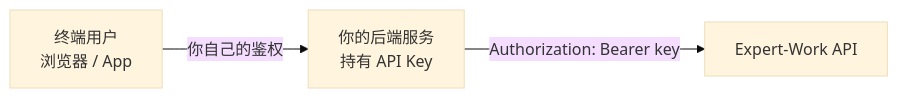
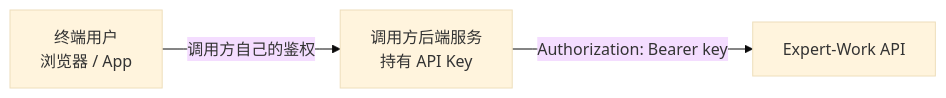
Before and after one commit to deepaihealth/expert-work: the diagram in apps/admin-ui/docs-site/guide/best-practices.md, drawn with Mermaid (base theme). The commit also changed other lines of this file and 2 other files, not shown here.

First line of the commit message:
docs(external-api): 对话 / 上手 / 最佳实践三章按对外文档规范重写(第四轮)

````diff
--- a/apps/admin-ui/docs-site/guide/best-practices.md
+++ b/apps/admin-ui/docs-site/guide/best-practices.md
@@ -11,5 +11,5 @@
 ```mermaid
 flowchart LR
-    U[终端用户<br/>浏览器 / App] -->|你自己的鉴权| S[你的后端服务<br/>持有 API Key]
+    U[终端用户<br/>浏览器 / App] -->|调用方自己的鉴权| S[调用方后端服务<br/>持有 API Key]
     S -->|Authorization: Bearer key| E[Expert-Work API]
 ```
````
